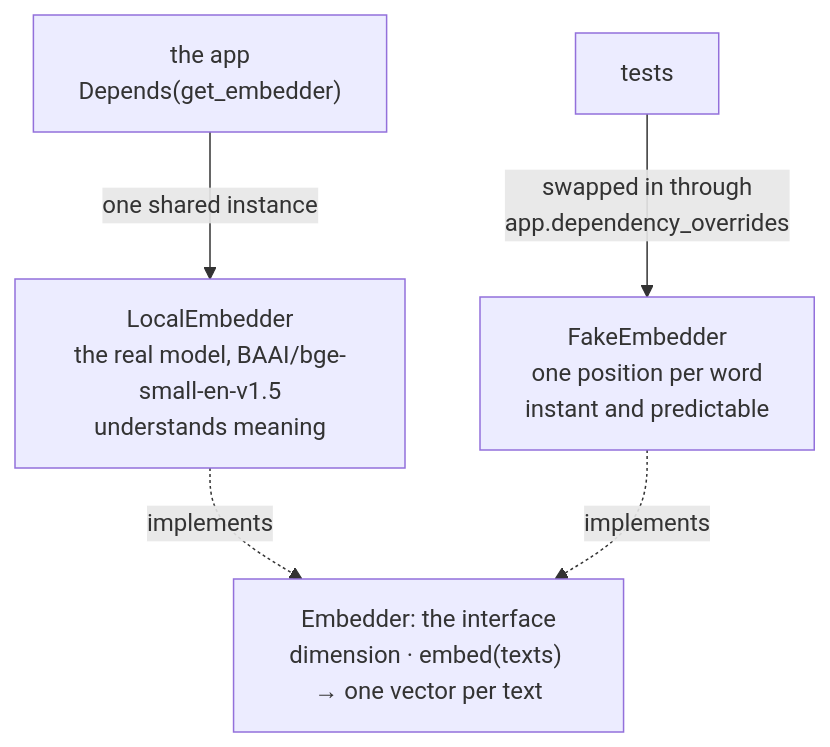
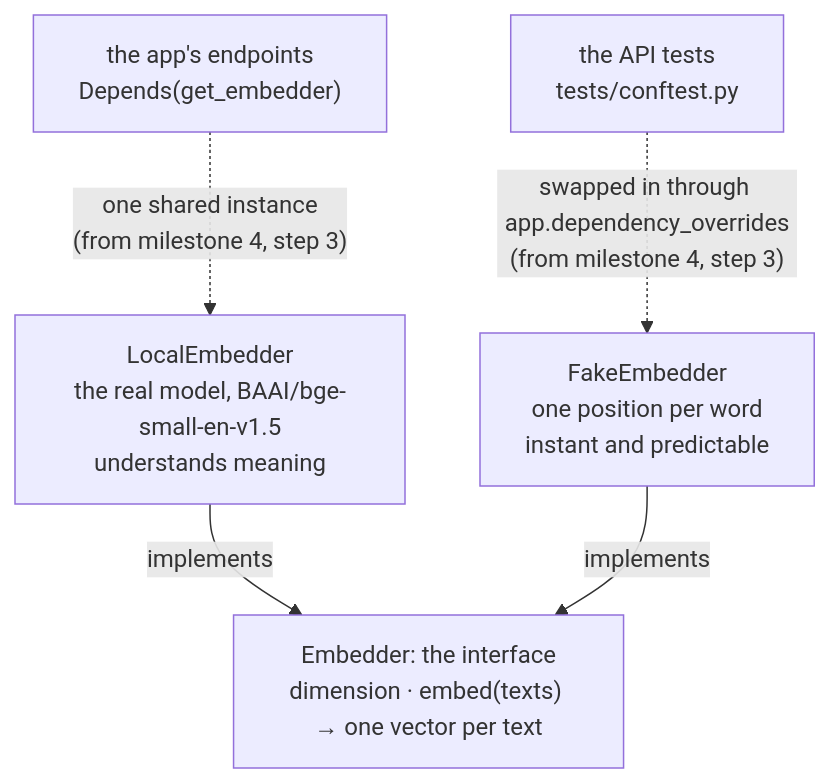
Before and after one commit to ZiadHendawy/mutable: diagram 16 of 23 in docs/design.md, drawn with Mermaid. The commit also changed other lines of this file and 5 other files, not shown here.

````diff
--- a/docs/design.md
+++ b/docs/design.md
@@ -842,13 +842,13 @@
 ```mermaid
 flowchart TB
     iface["Embedder: the interface<br/>dimension · embed(texts) → one vector per text"]
     local["LocalEmbedder<br/>the real model, BAAI/bge-small-en-v1.5<br/>understands meaning"]
     fake["FakeEmbedder<br/>one position per word<br/>instant and predictable"]
-    app["the app<br/>Depends(get_embedder)"]
-    tests["tests"]
+    app["the app's endpoints<br/>Depends(get_embedder)"]
+    tests["the API tests<br/>tests/conftest.py"]
 
-    local -. implements .-> iface
-    fake -. implements .-> iface
-    app -- "one shared instance" --> local
-    tests -- "swapped in through<br/>app.dependency_overrides" --> fake
+    local -- implements --> iface
+    fake -- implements --> iface
+    app -. "one shared instance<br/>(from milestone 4, step 3)" .-> local
+    tests -. "swapped in through app.dependency_overrides<br/>(from milestone 4, step 3)" .-> fake
 ```
````
